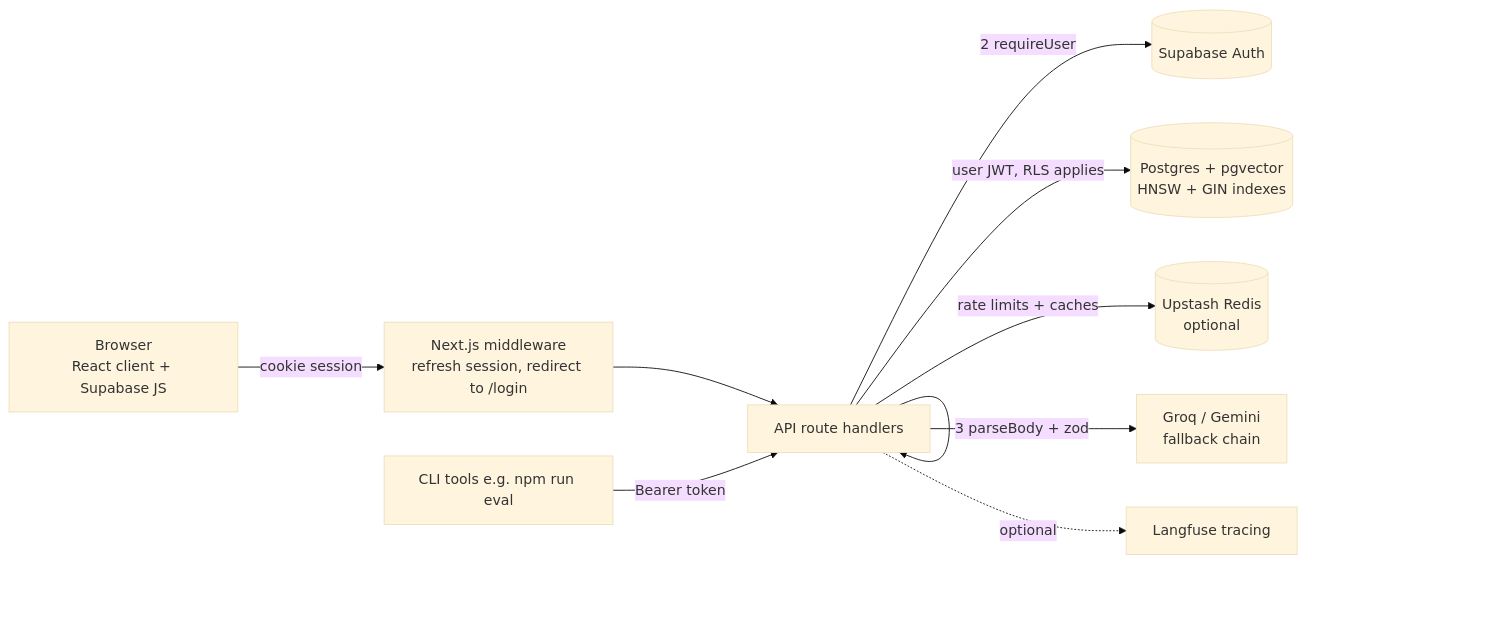
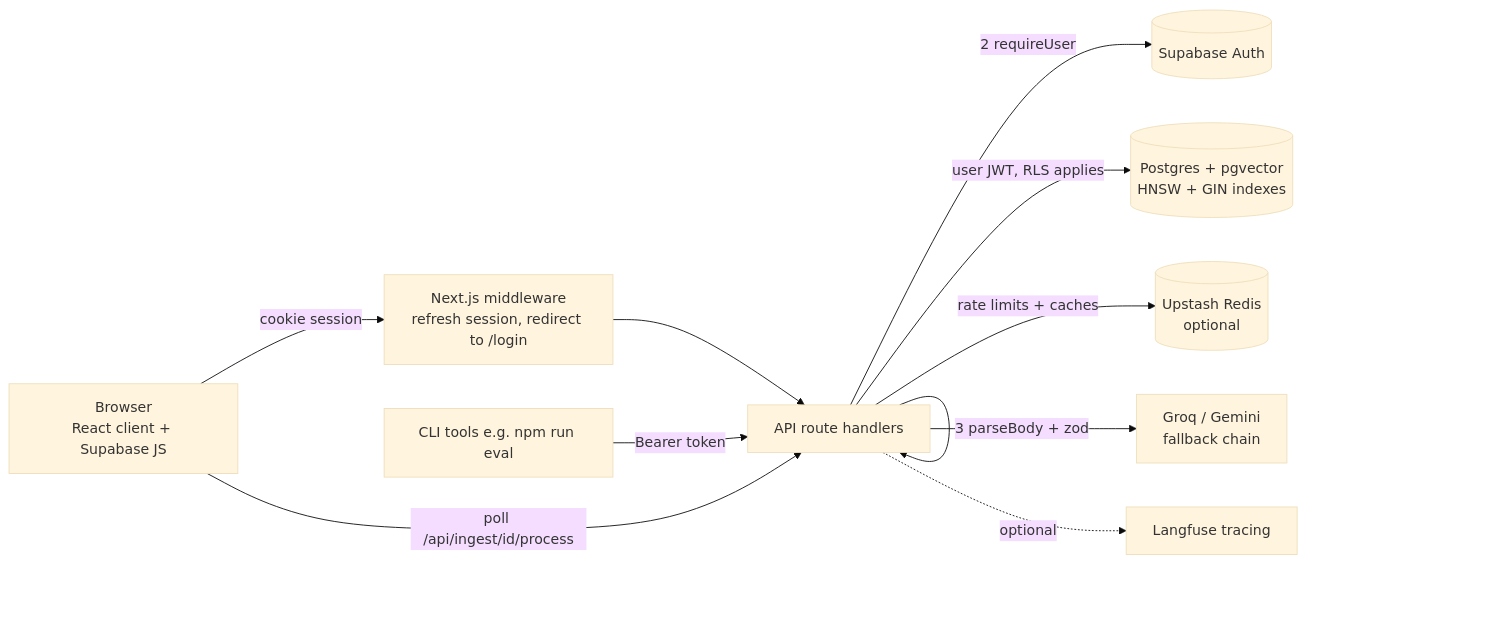
Before and after one commit to prasannawarad/RAGbase: the first of 2 diagrams in docs/ARCHITECTURE.md, drawn with Mermaid (base theme). The commit also changed other lines of this file and 12 other files, not shown here.

````diff
--- a/docs/ARCHITECTURE.md
+++ b/docs/ARCHITECTURE.md
@@ -13,13 +13,14 @@
 ```mermaid
 flowchart LR
   B[Browser<br/>React client + Supabase JS] -->|cookie session| MW[Next.js middleware<br/>refresh session, redirect to /login]
   MW --> R[API route handlers]
   CLI[CLI tools e.g. npm run eval] -->|Bearer token| R
   R -->|1 guardRequest<br/>origin + rate limit| R
   R -->|2 requireUser| A[(Supabase Auth)]
   R -->|3 parseBody + zod| R
   R -->|user JWT, RLS applies| DB[(Postgres + pgvector<br/>HNSW + GIN indexes)]
   R -->|rate limits + caches| RD[(Upstash Redis<br/>optional)]
+  B -->|poll /api/ingest/id/process| R
   R --> LLM[Groq / Gemini<br/>fallback chain]
   R -.->|optional| LF[Langfuse tracing]
 ```
````
